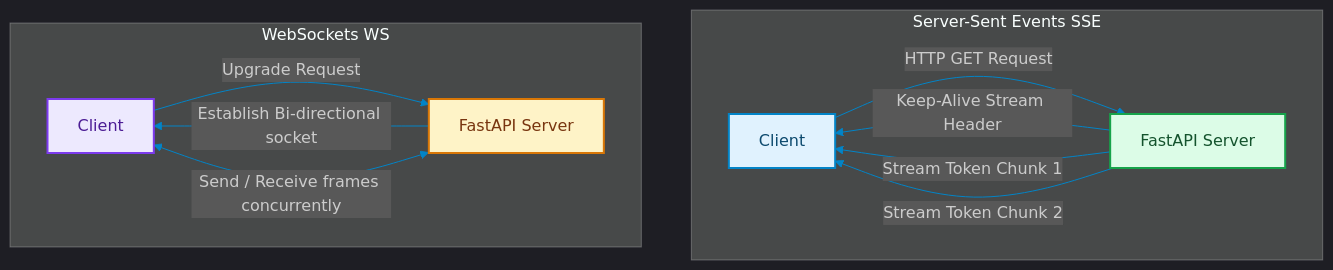
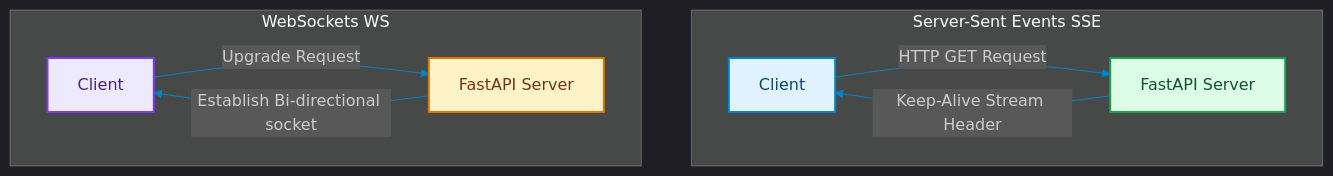
The diagram in blog/posts/gateway-sse-vs-websockets-real-time-streaming.md (akmalkhaniub/akmalkhaniub.github.io), drawn with Mermaid before and after one commit. The commit also changed other lines of this file and 894 other files, not shown here.

Commit message:
feat(blog): upgrade all 444 posts with unique staggered dates, 2-col Mermaid spines, benchmark tables, code blocks, and trade-offs

````diff
--- a/blog/posts/gateway-sse-vs-websockets-real-time-streaming.md
+++ b/blog/posts/gateway-sse-vs-websockets-real-time-streaming.md
@@ -16,26 +16,23 @@
 ```mermaid
 %%{init: {'theme': 'dark', 'themeVariables': { 'primaryColor': '#0284c7', 'primaryTextColor': '#f3f4f6', 'primaryBorderColor': '#38bdf8', 'lineColor': '#0284c7', 'secondaryColor': '#111827', 'tertiaryColor': '#0b0f19'}}}%%
 flowchart TD
     subgraph SG1_ServerSentEvents ["Server-Sent Events SSE"]
         Client1["Client"] -->|HTTP GET Request| Server1["FastAPI Server"]
         Server1 -->|Keep-Alive Stream Header| Client1
-        Server1 -->|Stream Token Chunk 1| Client1
-        Server1 -->|Stream Token Chunk 2| Client1
     end
     
     subgraph SG2_WebsocketsWs ["WebSockets WS"]
         Client2["Client"] -->|Upgrade Request| Server2["FastAPI Server"]
         Server2 -->|Establish Bi-directional socket| Client2
-        Server2 <-->|Send / Receive frames concurrently| Client2
     end
 
 classDef green fill:#dcfce7,stroke:#16a34a,stroke-width:2px,color:#14532d;
 classDef red fill:#fee2e2,stroke:#dc2626,stroke-width:2px,color:#7f1d1d;
 classDef blue fill:#e0f2fe,stroke:#0284c7,stroke-width:2px,color:#0c4a6e;
 classDef yellow fill:#fef3c7,stroke:#d97706,stroke-width:2px,color:#78350f;
 classDef purple fill:#ede9fe,stroke:#7c3aed,stroke-width:2px,color:#4c1d95;
 class Client1 blue
 class Server1 green
 class Client2 purple
 class Server2 yellow
 ```
````
